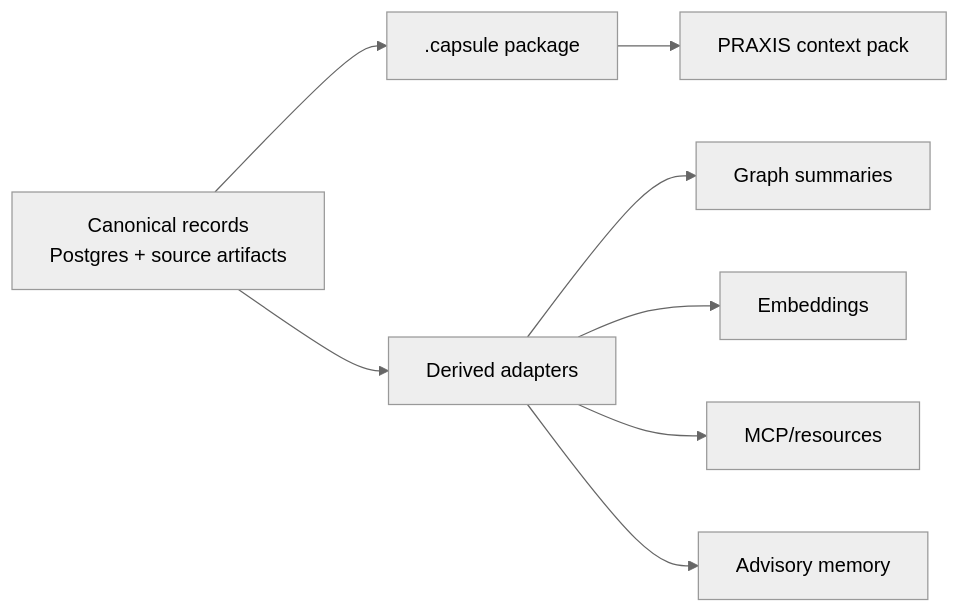
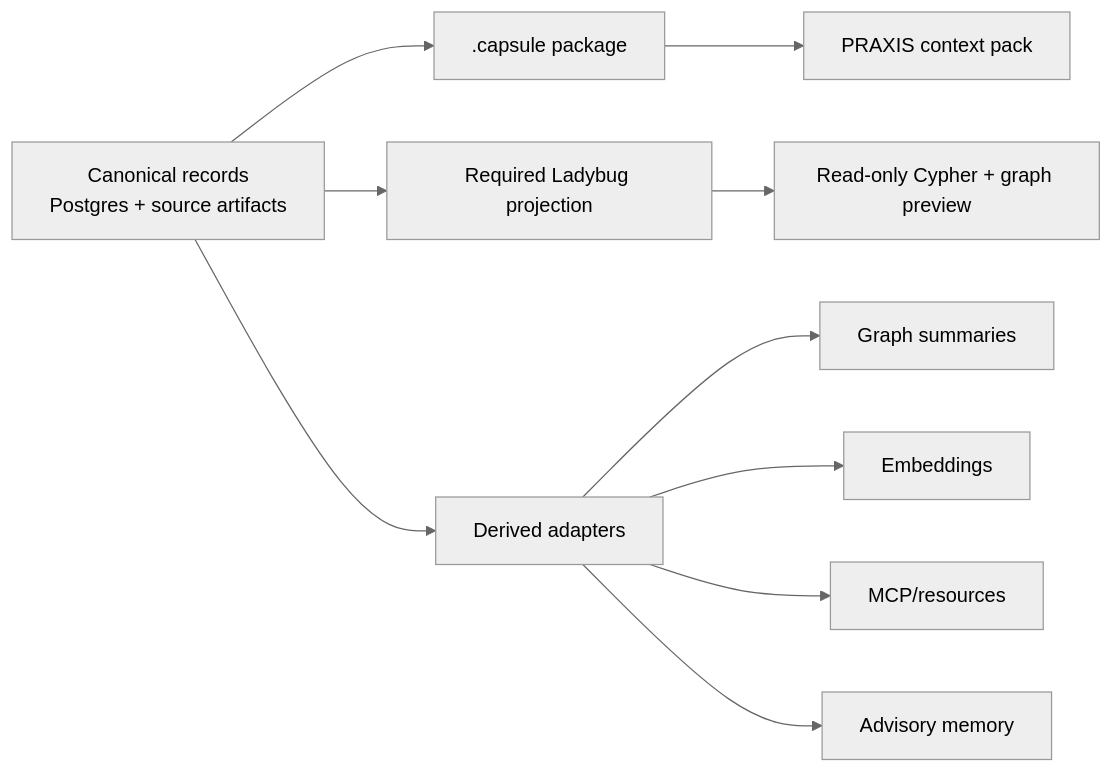
Before and after one commit to sargonxg/A3_DIALECTICAbyTACITUS_v3: the second of 3 diagrams in README.md, drawn with Mermaid (neutral theme). The commit also changed other lines of this file and 39 other files, not shown here.

Commit message:
feat: require embedded Ladybug capsule graphs

````diff
--- a/README.md
+++ b/README.md
@@ -368,10 +378,12 @@
 ```mermaid
 flowchart LR
 Canonical["Canonical records<br/>Postgres + source artifacts"] --> Export[".capsule package"]
+  Canonical --> Ladybug["Required Ladybug projection"]
   Canonical --> Derived["Derived adapters"]
+  Ladybug --> Query["Read-only Cypher + graph preview"]
   Derived --> Graph["Graph summaries"]
   Derived --> Vector["Embeddings"]
   Derived --> MCP["MCP/resources"]
   Derived --> Memory["Advisory memory"]
   Export --> PraxisPack["PRAXIS context pack"]
 ```
````
